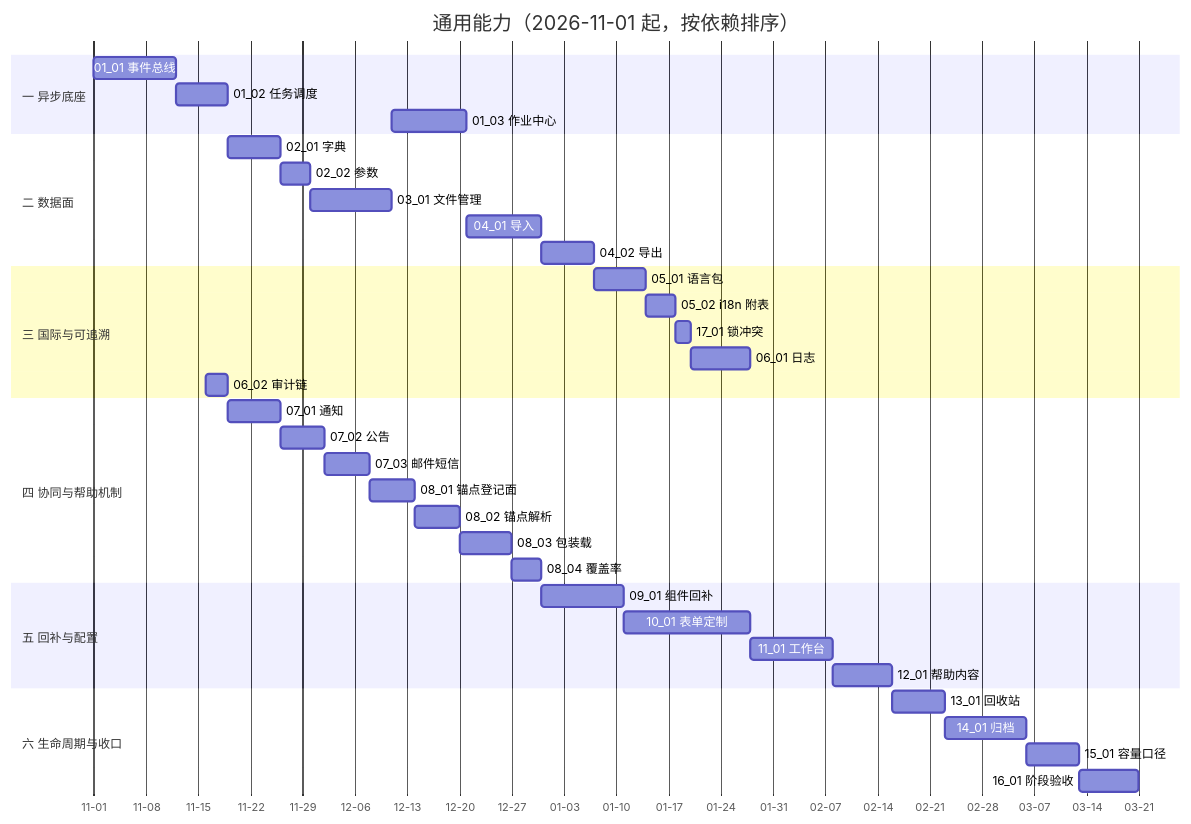
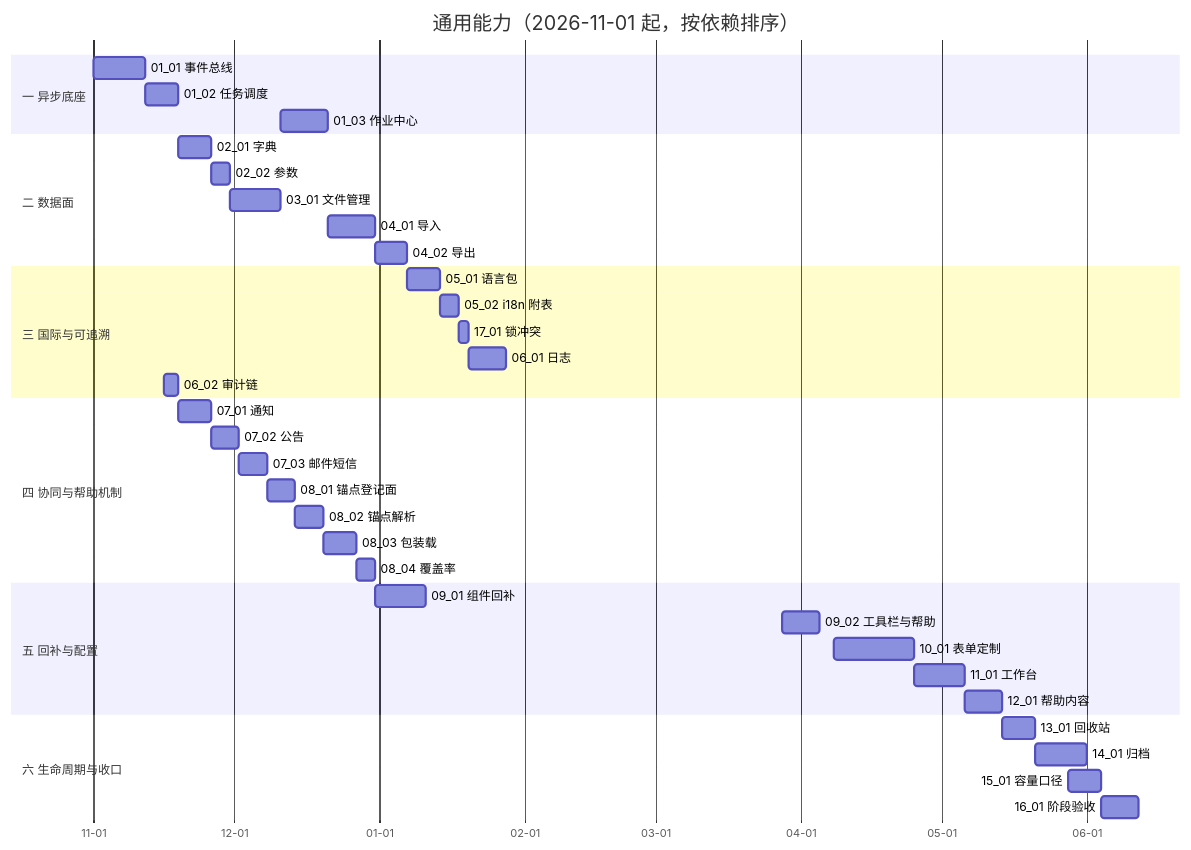
Before and after one commit to minjian123/basic-management-system: the diagram in bms文档/项目/08_通用能力/计划/01_计划_通用能力.md, drawn with Mermaid. The commit also changed other lines of this file and 27 other files, not shown here.

````diff
--- a/bms文档/项目/08_通用能力/计划/01_计划_通用能力.md
+++ b/bms文档/项目/08_通用能力/计划/01_计划_通用能力.md
@@ -60,40 +61,41 @@
 ```mermaid
 gantt
     title 通用能力（2026-11-01 起，按依赖排序）
     dateFormat YYYY-MM-DD
     axisFormat %m-%d
     section 一 异步底座
     01_01 事件总线 :t0101, 2026-11-01, 11d
     01_02 任务调度 :t0102, after t0101, 7d
     01_03 作业中心 :t0103, 2026-12-11, 10d
     section 二 数据面
     02_01 字典 :t0201, after t0102, 7d
     02_02 参数 :t0202, after t0201, 4d
     03_01 文件管理 :t0301, after t0202, 11d
     04_01 导入 :t0401, after t0103, 10d
     04_02 导出 :t0402, after t0401, 7d
     section 三 国际与可追溯
     05_01 语言包 :t0501, after t0402, 7d
     05_02 i18n 附表 :t0502, after t0501, 4d
     17_01 锁冲突 :t1701, after t0502, 2d
     06_01 日志 :t0601, after t1701, 8d
     06_02 审计链 :t0602, 2026-11-16, 3d
     section 四 协同与帮助机制
     07_01 通知 :t0701, after t0602, 7d
     07_02 公告 :t0702, after t0701, 6d
     07_03 邮件短信 :t0703, after t0702, 6d
     08_01 锚点登记面 :t0801, after t0703, 6d
     08_02 锚点解析 :t0802, after t0801, 6d
     08_03 包装载 :t0803, after t0802, 7d
     08_04 覆盖率 :t0804, after t0803, 4d
     section 五 回补与配置
     09_01 组件回补 :t0901, after t0804, 11d
-    10_01 表单定制 :t1001, after t0901, 17d
-    11_01 工作台 :t1101, after t1001, 11d
-    12_01 帮助内容 :t1201, after t1101, 8d
+    09_02 工具栏与帮助 :t0902, 2027-03-28, 8d
+    10_01 表单定制 :t1001, 2027-04-08, 17d
+    11_01 工作台 :t1101, 2027-04-25, 11d
+    12_01 帮助内容 :t1201, 2027-05-06, 8d
     section 六 生命周期与收口
-    13_01 回收站 :t1301, after t1201, 7d
+    13_01 回收站 :t1301, 2027-05-14, 7d
     14_01 归档 :t1401, after t1301, 11d
-    15_01 容量口径 :t1501, after t1401, 7d
-    16_01 阶段验收 :t1601, after t1501, 8d
+    15_01 容量口径 :t1501, 2027-05-28, 7d
+    16_01 阶段验收 :t1601, 2027-06-04, 8d
 ```
````
